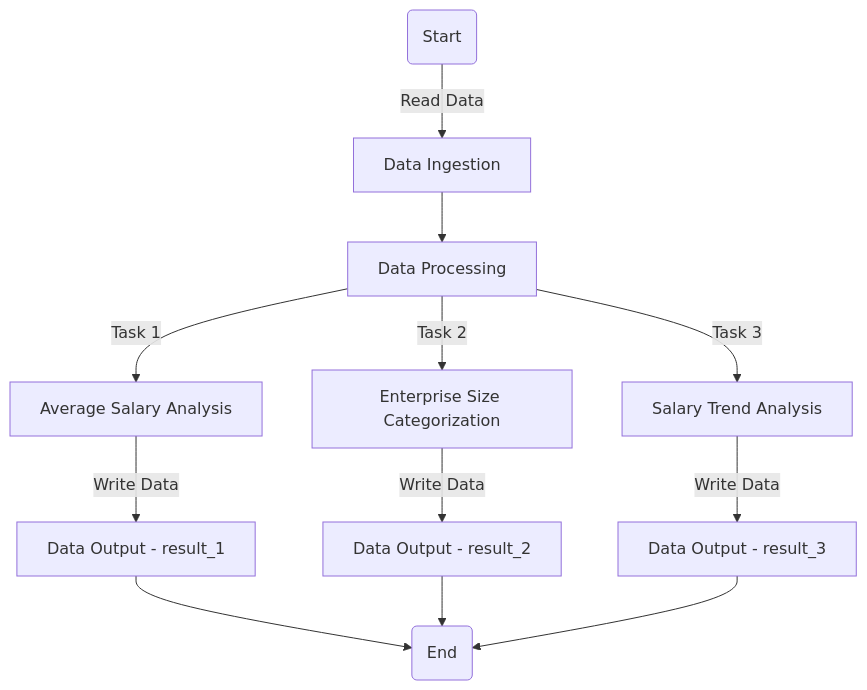
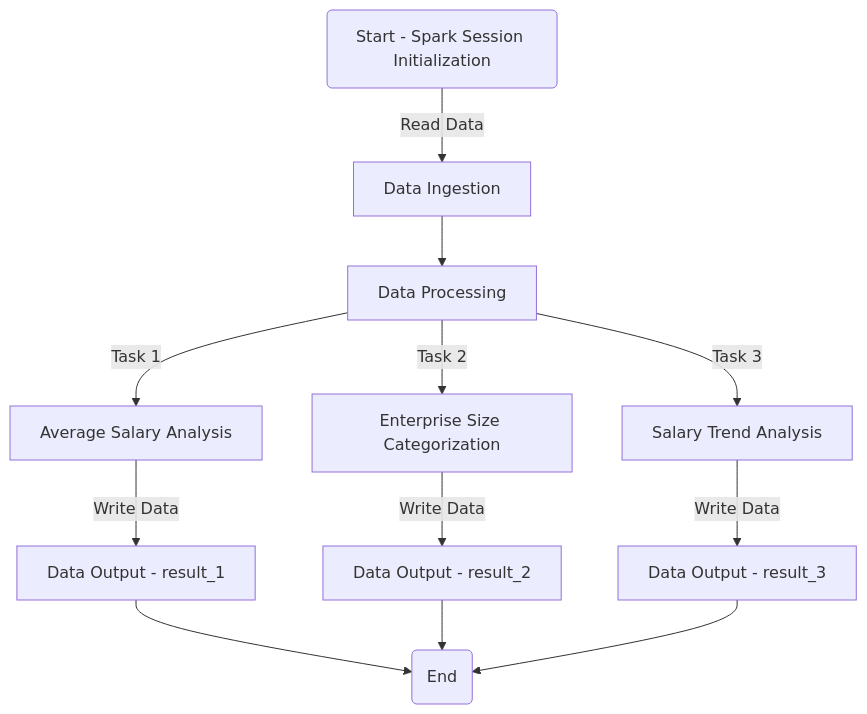
Before and after one commit to ashudas0110/Data_Engineering: the diagram in Spark/Data Scientist Salaries Analysis/README.md, drawn with Mermaid.

````diff
--- a/Spark/Data Scientist Salaries Analysis/README.md
+++ b/Spark/Data Scientist Salaries Analysis/README.md
@@ -44,15 +44,15 @@
 ```mermaid
 flowchart TD
-    A(Start) -->|Read Data| B[Data Ingestion]
+    A(Start - Spark Session Initialization) -->|Read Data| B[Data Ingestion]
     B --> C[Data Processing]
     C -->|Task 1| D[Average Salary Analysis]
     C -->|Task 2| E[Enterprise Size Categorization]
     C -->|Task 3| F[Salary Trend Analysis]
     D --> |Write Data| G[Data Output - result_1]
     E --> |Write Data| H[Data Output - result_2]
     F --> |Write Data| I[Data Output - result_3]
     G --> J(End)
     H --> J(End)
     I --> J(End)
   
 ```
````
